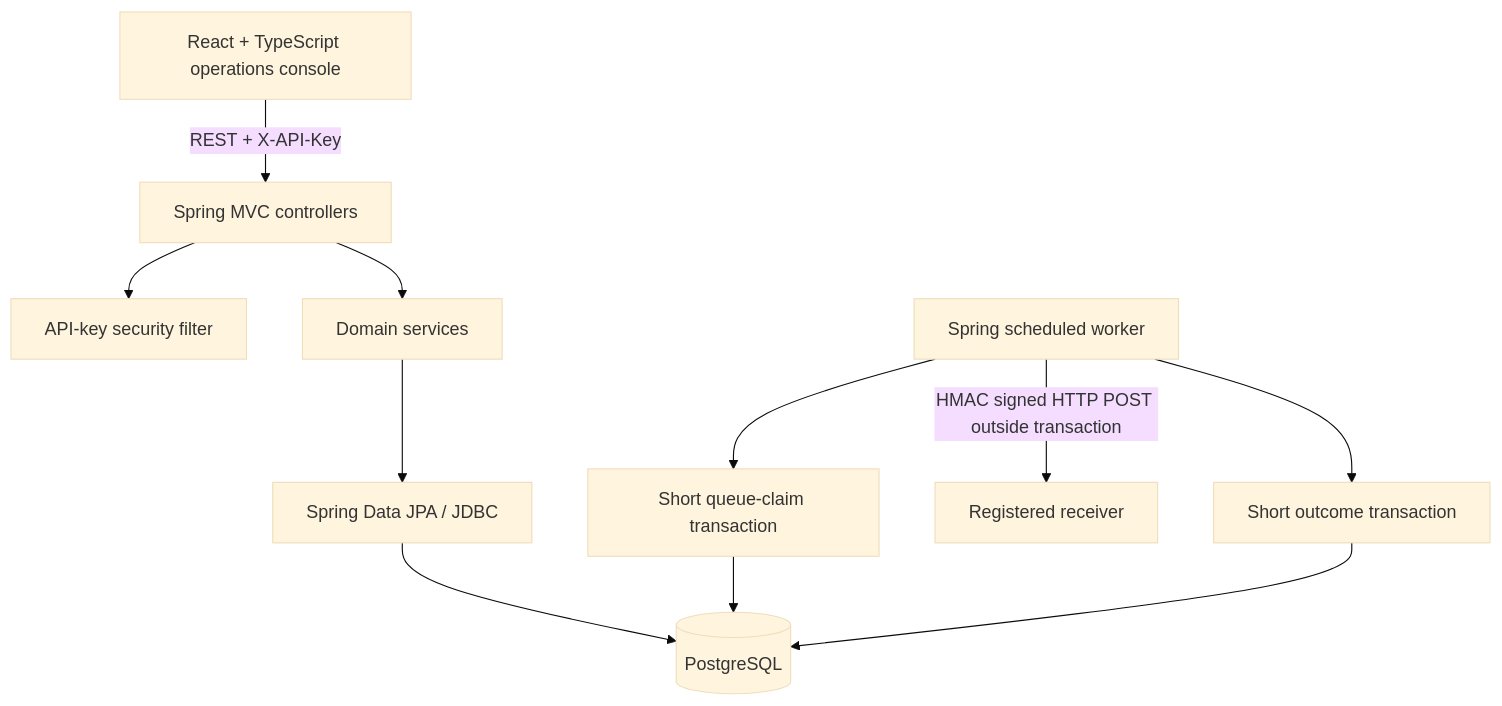
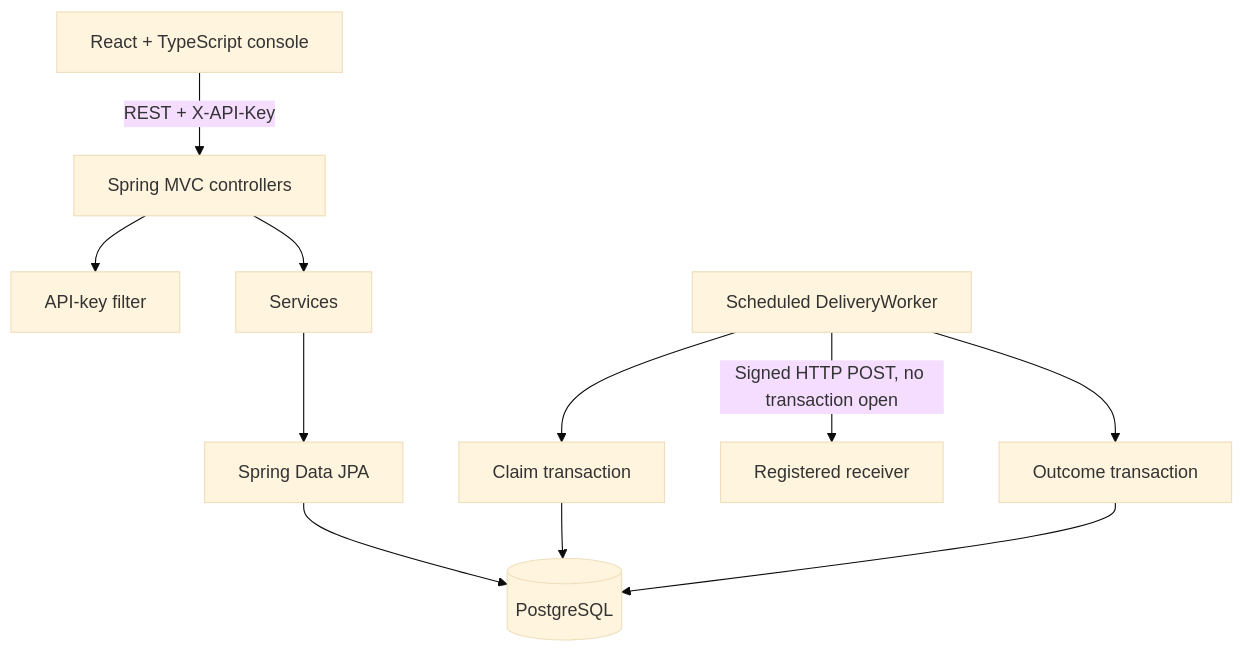
One commit to YashwardhanV/SignalDock changed the first of 2 diagrams in docs/ARCHITECTURE.md. Above: the diagram before and after it, drawn with Mermaid (base theme). The commit also changed other lines of this file and 2 other files, not shown here.

Commit message:
Rewrite README and architecture docs for the simplified design

````diff
--- a/docs/ARCHITECTURE.md
+++ b/docs/ARCHITECTURE.md
@@ -7,13 +7,13 @@
 ```mermaid
 flowchart TB
-    Browser["React + TypeScript operations console"] -->|"REST + X-API-Key"| API["Spring MVC controllers"]
-    API --> SEC["API-key security filter"]
-    API --> SVC["Domain services"]
-    SVC --> JPA["Spring Data JPA / JDBC"]
+    Browser["React + TypeScript console"] -->|"REST + X-API-Key"| API["Spring MVC controllers"]
+    API --> SEC["API-key filter"]
+    API --> SVC["Services"]
+    SVC --> JPA["Spring Data JPA"]
     JPA --> PG[("PostgreSQL")]
-    WORKER["Spring scheduled worker"] --> CLAIM["Short queue-claim transaction"]
+    WORKER["Scheduled DeliveryWorker"] --> CLAIM["Claim transaction"]
     CLAIM --> PG
-    WORKER -->|"HMAC signed HTTP POST outside transaction"| TARGET["Registered receiver"]
-    WORKER --> OUTCOME["Short outcome transaction"]
+    WORKER -->|"Signed HTTP POST, no transaction open"| TARGET["Registered receiver"]
+    WORKER --> OUTCOME["Outcome transaction"]
     OUTCOME --> PG
 ```
````
